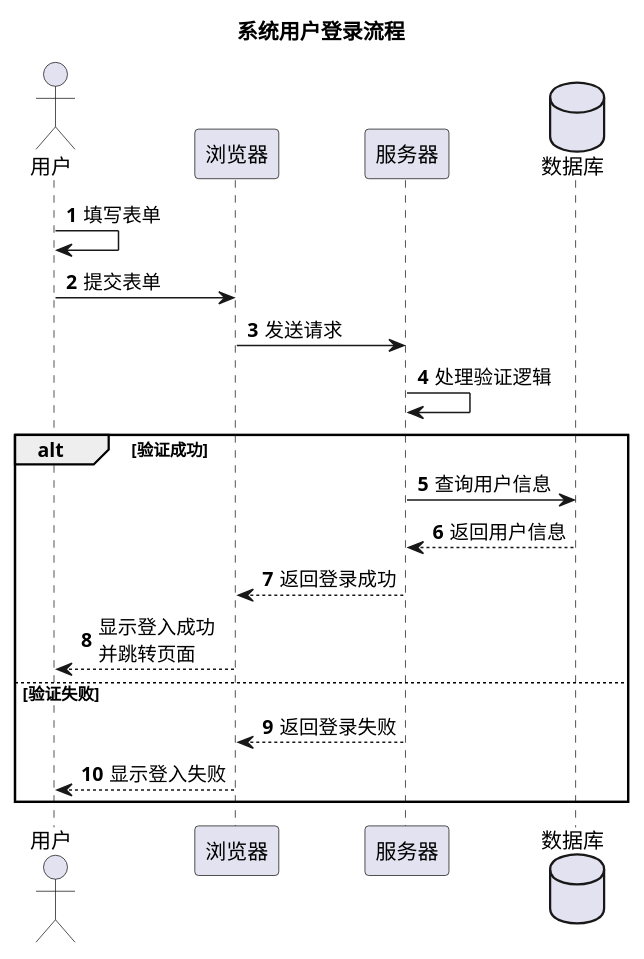
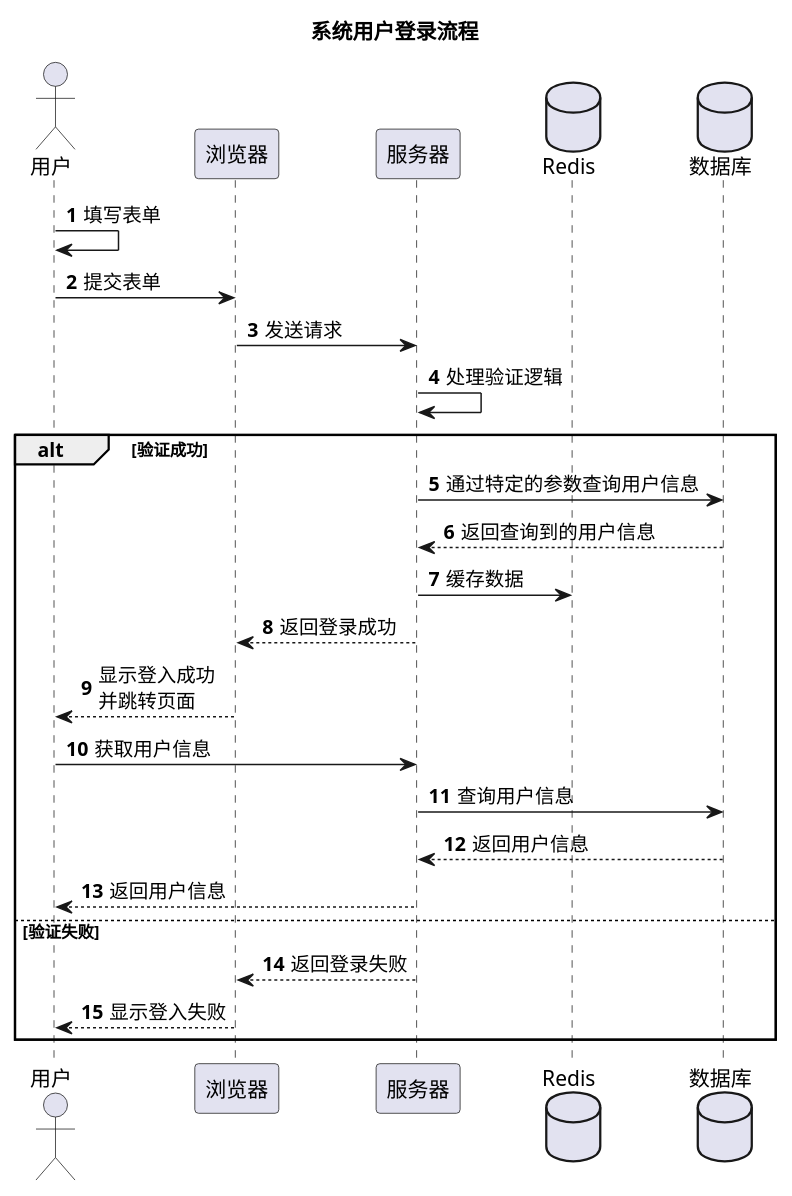
One commit to modakai/forum changed the diagram in docs/SysUser/LoginSequence.puml. Above: the diagram before and after it, drawn with PlantUML. The commit also changed 16 other files, not shown here.

```diff
--- a/docs/SysUser/LoginSequence.puml
+++ b/docs/SysUser/LoginSequence.puml
@@ -1,26 +1,34 @@
 @startuml
 'https://plantuml.com/sequence-diagram
 title 系统用户登录流程
 autonumber
 skinparam responseMessageBelowArrow true
 
 actor 用户
 participant 浏览器
 participant 服务器
+database Redis
 database 数据库
 
 用户 -> 用户: 填写表单
 用户 -> 浏览器: 提交表单
 浏览器 -> 服务器: 发送请求
 服务器 -> 服务器: 处理验证逻辑
 alt 验证成功
+    服务器 -> 数据库: 通过特定的参数查询用户信息
+    数据库 --> 服务器: 返回查询到的用户信息
+    服务器 -> Redis: 缓存数据
+    服务器 --> 浏览器: 返回登录成功
+    浏览器 --> 用户: 显示登入成功\n并跳转页面
+    用户 -> 服务器: 获取用户信息
     服务器 -> 数据库: 查询用户信息
     数据库 --> 服务器: 返回用户信息
-    服务器 --> 浏览器: 返回登录成功
-    浏览器 --> 用户: 显示登入成功\n并跳转页面
+
+    服务器 --> 用户: 返回用户信息
+
 else 验证失败
     服务器 ---> 浏览器: 返回登录失败
     浏览器 --> 用户: 显示登入失败
 end
 
 @enduml
```
